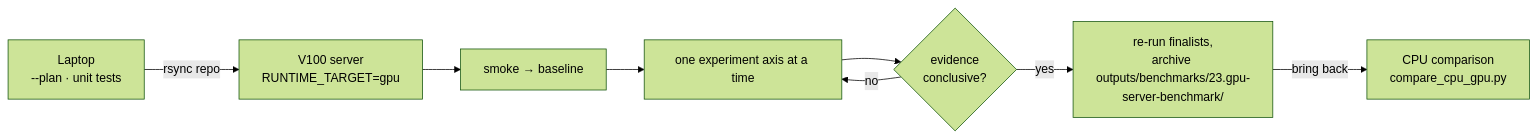
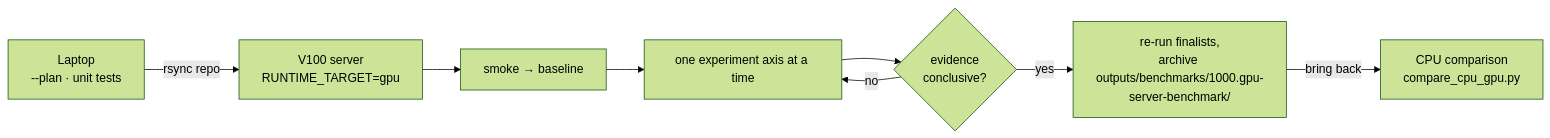
The diagram in benchmarks/gpu/README.md (S0ME2/voight), drawn with Mermaid (forest theme) before and after one commit. The commit also changed other lines of this file and 57 other files, not shown here.

````diff
--- a/benchmarks/gpu/README.md
+++ b/benchmarks/gpu/README.md
@@ -9,10 +9,10 @@
 ```mermaid
 flowchart LR
     A["Laptop<br/>--plan · unit tests"] -->|"rsync repo"| B["V100 server<br/>RUNTIME_TARGET=gpu"]
     B --> C["smoke → baseline"]
     C --> D["one experiment axis at a time"]
     D --> E{"evidence<br/>conclusive?"}
     E -->|no| D
-    E -->|yes| F["re-run finalists,<br/>archive outputs/benchmarks/23.gpu-server-benchmark/"]
+    E -->|yes| F["re-run finalists,<br/>archive outputs/benchmarks/1000.gpu-server-benchmark/"]
     F -->|"bring back"| G["CPU comparison<br/>compare_cpu_gpu.py"]
 ```
````
